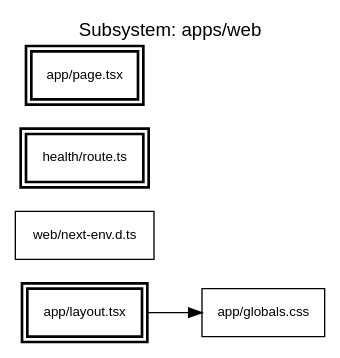
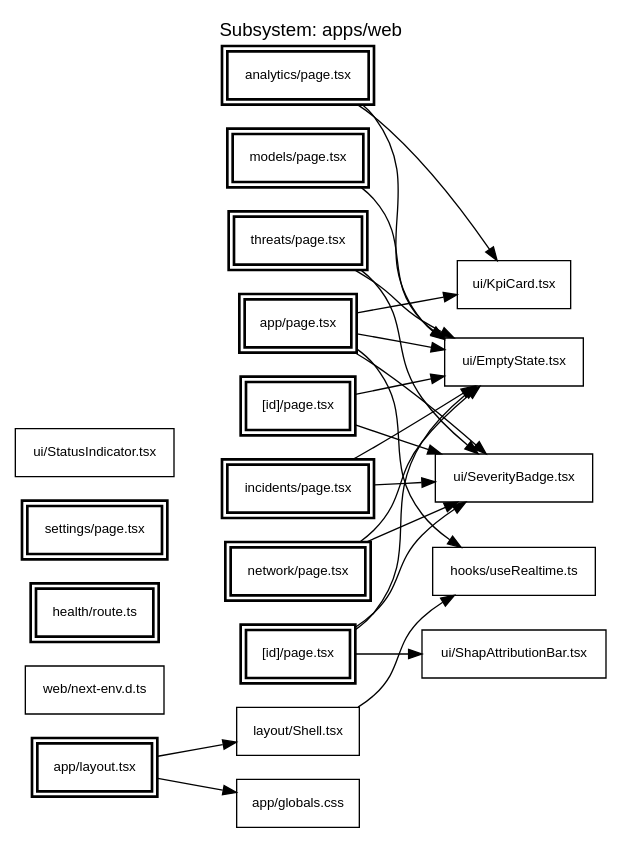
The diagram in .ai/graph/views/subsystem-apps-web-8972e2.dot (ErdemYy/NetSentry), drawn with Graphviz before and after one commit. The commit also changed 59 other files, not shown here.

```diff
--- a/.ai/graph/views/subsystem-apps-web-8972e2.dot
+++ b/.ai/graph/views/subsystem-apps-web-8972e2.dot
@@ -1,11 +1,46 @@
 digraph "project_intel" {
   graph [rankdir=LR, fontname="Helvetica", labelloc=t, label="Subsystem: apps/web"];
   node [shape=box, fontname="Helvetica", fontsize=10];
   edge [fontname="Helvetica", fontsize=9];
+  n427f1ee2 [label="ui/EmptyState.tsx"];
+  n125c5857 [label="ui/SeverityBadge.tsx"];
+  ncd405606 [label="ui/KpiCard.tsx"];
+  n0daee931 [label="hooks/useRealtime.ts"];
   n4306ffba [label="app/globals.css"];
+  n22e41f8d [label="layout/Shell.tsx"];
+  n2aad2718 [label="ui/ShapAttributionBar.tsx"];
   n8076096b [label="web/next-env.d.ts"];
+  n0a3f4a7b [label="analytics/page.tsx", peripheries=2, style="bold"];
   ne0eb2c1f [label="health/route.ts", peripheries=2, style="bold"];
+  n2c8c81d7 [label="[id]/page.tsx", peripheries=2, style="bold"];
+  n84e1830b [label="incidents/page.tsx", peripheries=2, style="bold"];
   nf79a94b8 [label="app/layout.tsx", peripheries=2, style="bold"];
+  n9e62018c [label="models/page.tsx", peripheries=2, style="bold"];
+  ne592b24f [label="network/page.tsx", peripheries=2, style="bold"];
   n0d6d11c3 [label="app/page.tsx", peripheries=2, style="bold"];
+  n90ba88dc [label="settings/page.tsx", peripheries=2, style="bold"];
+  n84be801d [label="[id]/page.tsx", peripheries=2, style="bold"];
+  n5881f91c [label="threats/page.tsx", peripheries=2, style="bold"];
+  n090b7b19 [label="ui/StatusIndicator.tsx"];
+  n0a3f4a7b -> n427f1ee2;
+  n0a3f4a7b -> ncd405606;
+  n2c8c81d7 -> n427f1ee2;
+  n2c8c81d7 -> n125c5857;
+  n84e1830b -> n427f1ee2;
+  n84e1830b -> n125c5857;
   nf79a94b8 -> n4306ffba;
+  nf79a94b8 -> n22e41f8d;
+  n9e62018c -> n427f1ee2;
+  ne592b24f -> n427f1ee2;
+  ne592b24f -> n125c5857;
+  n0d6d11c3 -> n427f1ee2;
+  n0d6d11c3 -> ncd405606;
+  n0d6d11c3 -> n125c5857;
+  n0d6d11c3 -> n0daee931;
+  n84be801d -> n427f1ee2;
+  n84be801d -> n125c5857;
+  n84be801d -> n2aad2718;
+  n5881f91c -> n427f1ee2;
+  n5881f91c -> n125c5857;
+  n22e41f8d -> n0daee931;
 }
```
